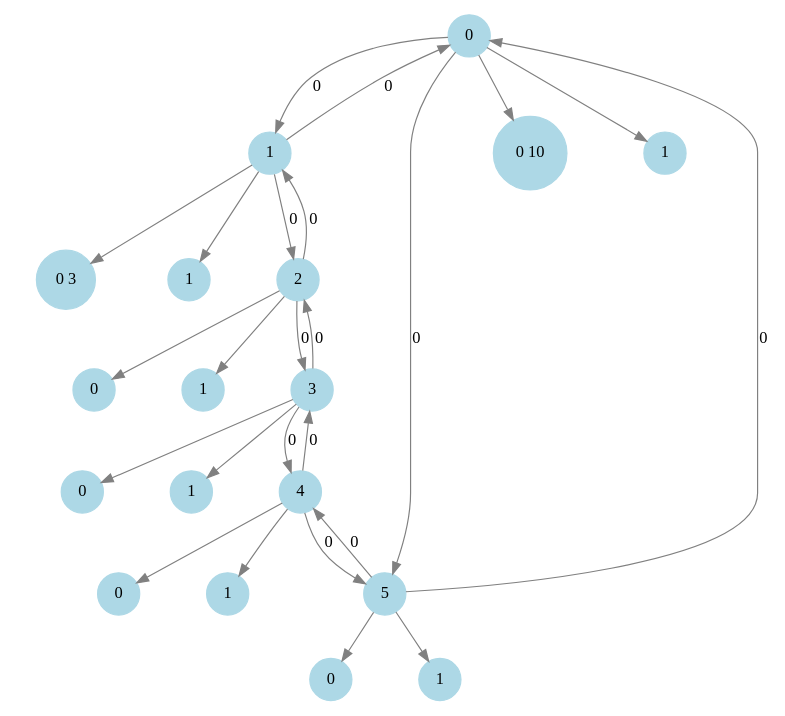
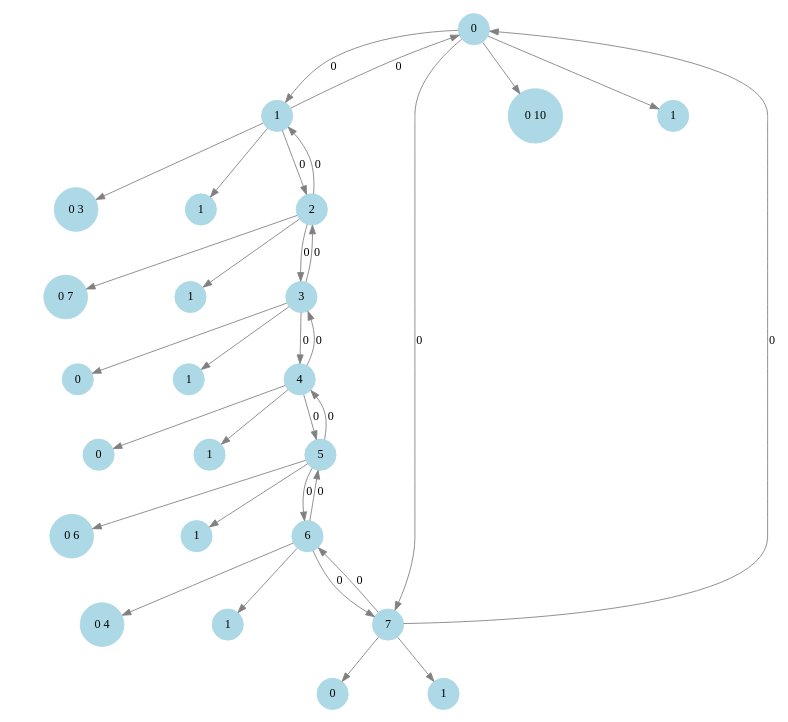
The diagram in Trabajo_Final/src/grafo.dot (Fede108/Algoritmos-y-estructura-de-Datos), drawn with Graphviz before and after one commit. The commit also changed 3 other files, not shown here.

```diff
--- a/Trabajo_Final/src/grafo.dot
+++ b/Trabajo_Final/src/grafo.dot
@@ -1,42 +1,54 @@
 digraph G {
     node [shape=circle, style=filled, color=lightblue];
     edge [color=gray, penwidth=1];
     size="8,8";
     ratio="fill";
     0 -> 1 [label="0"];
-    0 -> 5 [label="0"];
+    0 -> 7 [label="0"];
     0 -> 00;
     00 [label="0 10"];
     0 -> 10;
     10 [label="1"];
     1 -> 0 [label="0"];
     1 -> 2 [label="0"];
     1 -> 01;
     01 [label="0 3"];
     1 -> 11;
     11 [label="1"];
     2 -> 1 [label="0"];
     2 -> 3 [label="0"];
     2 -> 02;
-    02 [label="0"];
+    02 [label="0 7"];
     2 -> 12;
     12 [label="1"];
     3 -> 2 [label="0"];
     3 -> 4 [label="0"];
     3 -> 03;
     03 [label="0"];
     3 -> 13;
     13 [label="1"];
     4 -> 3 [label="0"];
     4 -> 5 [label="0"];
     4 -> 04;
     04 [label="0"];
     4 -> 14;
     14 [label="1"];
-    5 -> 0 [label="0"];
     5 -> 4 [label="0"];
+    5 -> 6 [label="0"];
     5 -> 05;
-    05 [label="0"];
+    05 [label="0 6"];
     5 -> 15;
     15 [label="1"];
+    6 -> 5 [label="0"];
+    6 -> 7 [label="0"];
+    6 -> 06;
+    06 [label="0 4"];
+    6 -> 16;
+    16 [label="1"];
+    7 -> 0 [label="0"];
+    7 -> 6 [label="0"];
+    7 -> 07;
+    07 [label="0"];
+    7 -> 17;
+    17 [label="1"];
 }
```
